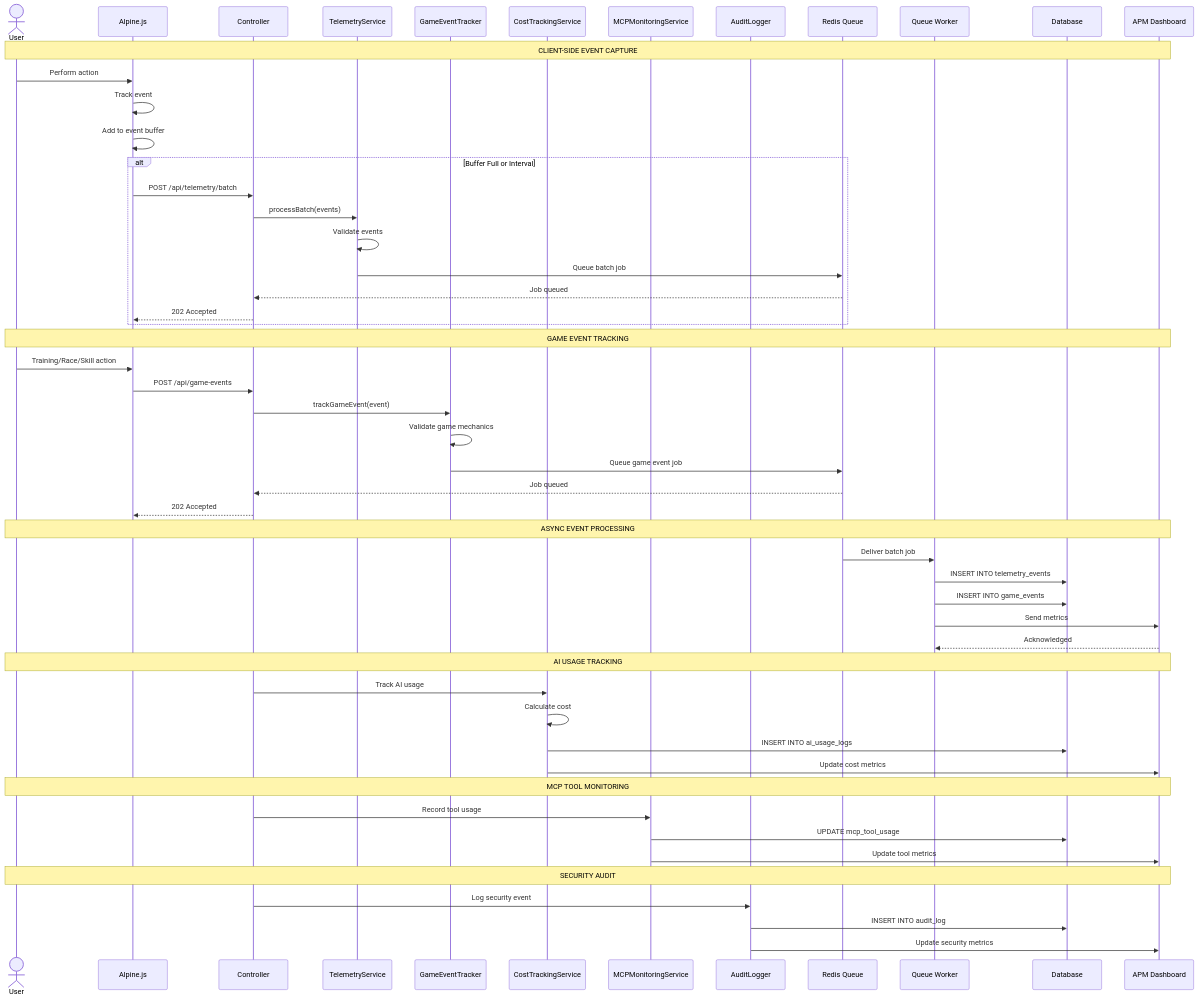
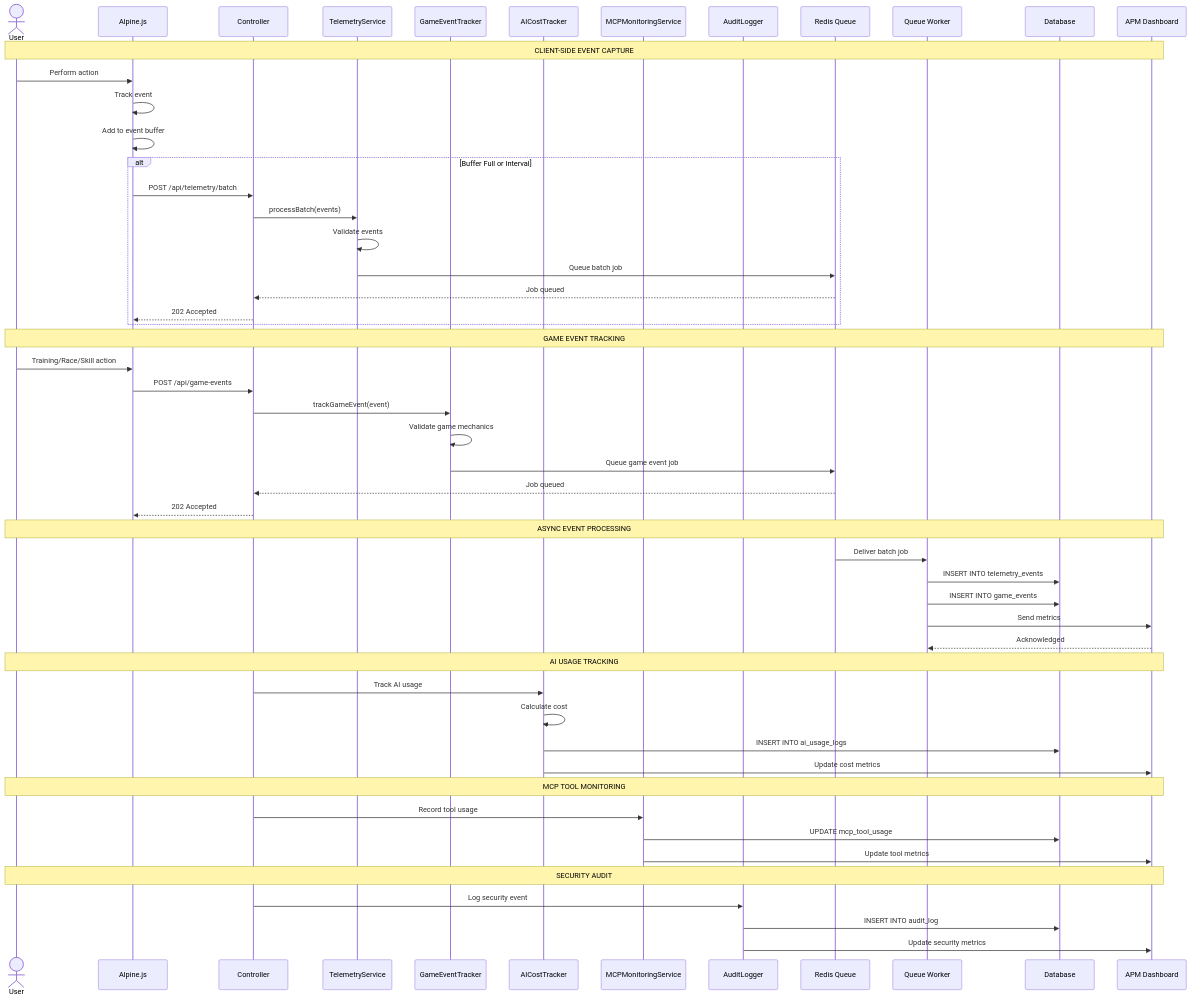
One commit to exatfrds67/umamusume-career-planner changed the first of 3 diagrams in docs/01-sequences/SEQ-011_Telemetry_Event_Capture.md. Above: the diagram before and after it, drawn with Mermaid. The commit also changed other lines of this file and 58 other files, not shown here.

Commit message:
docs(flow): fix markdownlint errors in diagrams, flows, sequences, tech-flow, user-flows, and wireframes

````diff
--- a/docs/01-sequences/SEQ-011_Telemetry_Event_Capture.md
+++ b/docs/01-sequences/SEQ-011_Telemetry_Event_Capture.md
@@ -128,61 +128,61 @@
 ```mermaid
 sequenceDiagram
     actor User
     participant Frontend as Alpine.js
     participant Controller
     participant TelemetrySvc as TelemetryService
     participant GameTracker as GameEventTracker
-    participant AITracker as CostTrackingService
+    participant AITracker as AICostTracker
     participant MCPMonitor as MCPMonitoringService
     participant Audit as AuditLogger
     participant Queue as Redis Queue
     participant Worker as Queue Worker
     participant DB as Database
     participant APM as APM Dashboard
 
     Note over User,APM: CLIENT-SIDE EVENT CAPTURE
     User->>Frontend: Perform action
     Frontend->>Frontend: Track event
     Frontend->>Frontend: Add to event buffer
     
     alt Buffer Full or Interval
         Frontend->>Controller: POST /api/telemetry/batch
         Controller->>TelemetrySvc: processBatch(events)
         TelemetrySvc->>TelemetrySvc: Validate events
         TelemetrySvc->>Queue: Queue batch job
         Queue-->>Controller: Job queued
         Controller-->>Frontend: 202 Accepted
     end
 
     Note over User,APM: GAME EVENT TRACKING
     User->>Frontend: Training/Race/Skill action
     Frontend->>Controller: POST /api/game-events
     Controller->>GameTracker: trackGameEvent(event)
     GameTracker->>GameTracker: Validate game mechanics
     GameTracker->>Queue: Queue game event job
     Queue-->>Controller: Job queued
     Controller-->>Frontend: 202 Accepted
 
     Note over User,APM: ASYNC EVENT PROCESSING
     Queue->>Worker: Deliver batch job
     Worker->>DB: INSERT INTO telemetry_events
     Worker->>DB: INSERT INTO game_events
     Worker->>APM: Send metrics
     APM-->>Worker: Acknowledged
 
     Note over User,APM: AI USAGE TRACKING
     Controller->>AITracker: Track AI usage
     AITracker->>AITracker: Calculate cost
     AITracker->>DB: INSERT INTO ai_usage_logs
     AITracker->>APM: Update cost metrics
 
     Note over User,APM: MCP TOOL MONITORING
     Controller->>MCPMonitor: Record tool usage
     MCPMonitor->>DB: UPDATE mcp_tool_usage
     MCPMonitor->>APM: Update tool metrics
 
     Note over User,APM: SECURITY AUDIT
     Controller->>Audit: Log security event
     Audit->>DB: INSERT INTO audit_log
     Audit->>APM: Update security metrics
 ```
````
